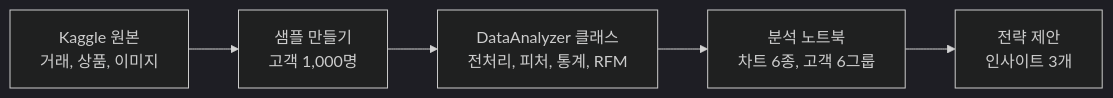
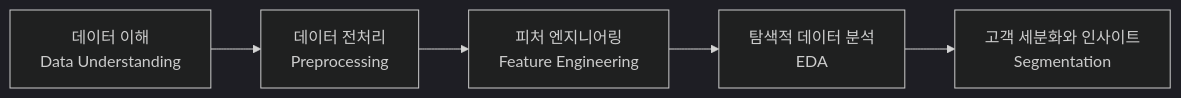
The first of 2 diagrams in README.md (0802222/Codyssey-A1-1-RFM), drawn with Mermaid (dark theme) before and after one commit. The commit also changed other lines of this file and 7 other files, not shown here.

````diff
--- a/README.md
+++ b/README.md
@@ -47,7 +59,7 @@
 ```mermaid
 flowchart LR
-    A["Kaggle 원본<br>거래, 상품, 이미지"] --> B["샘플 만들기<br>고객 1,000명"]
-    B --> C["DataAnalyzer 클래스<br>전처리, 피처, 통계, RFM"]
-    C --> D["분석 노트북<br>차트 6종, 고객 6그룹"]
-    D --> E["전략 제안<br>인사이트 3개"]
+    A["데이터 이해<br>Data Understanding"] --> B["데이터 전처리<br>Preprocessing"]
+    B --> C["피처 엔지니어링<br>Feature Engineering"]
+    C --> D["탐색적 데이터 분석<br>EDA"]
+    D --> E["고객 세분화와 인사이트<br>Segmentation"]
 ```
````
